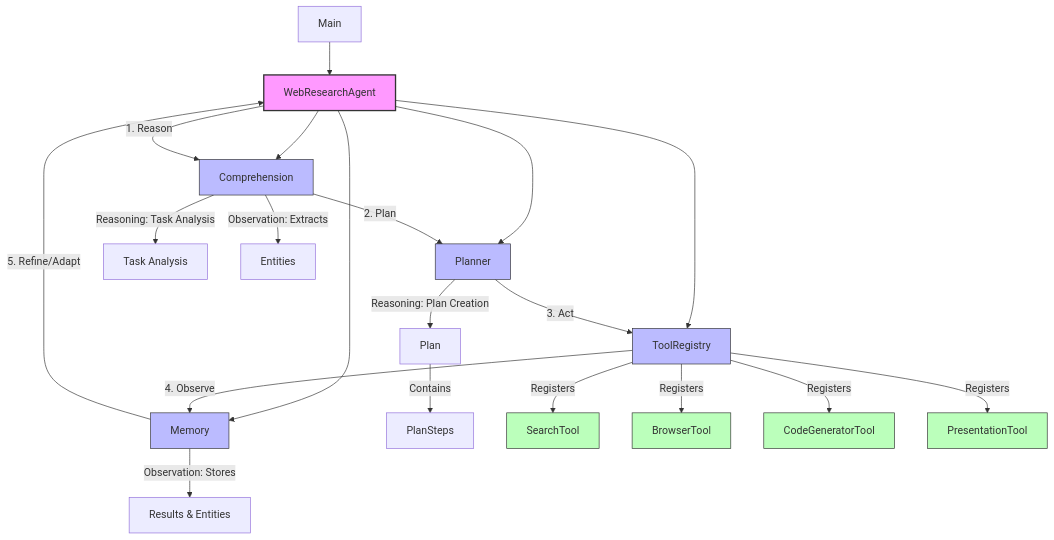
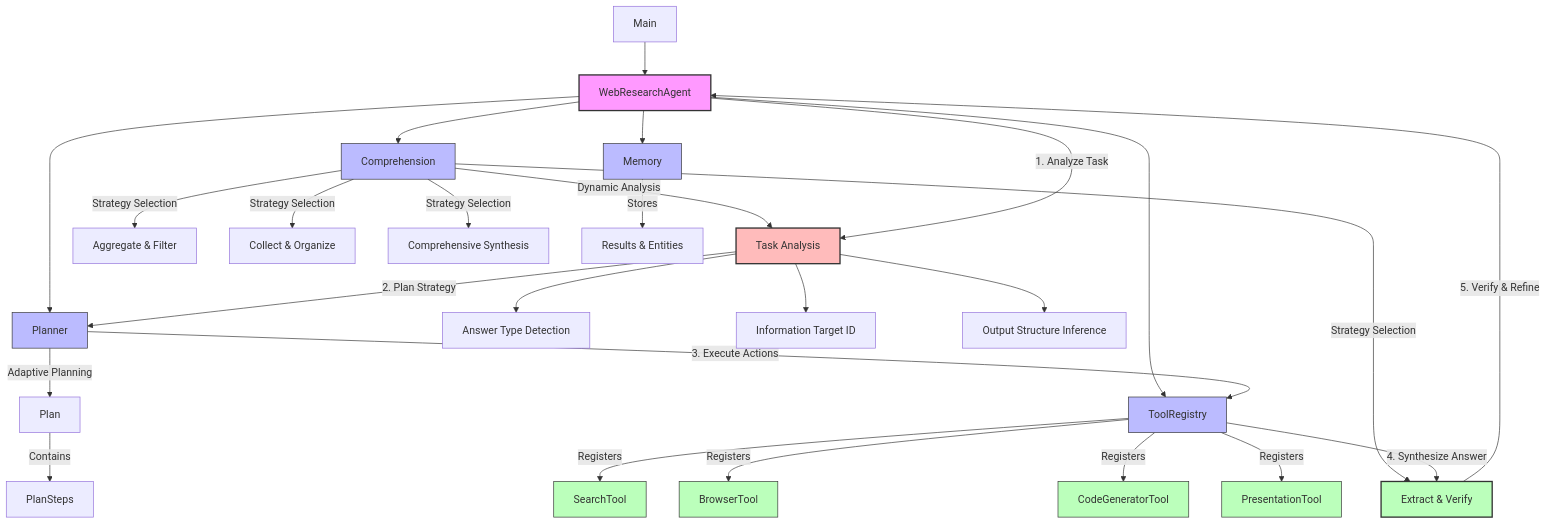
The diagram in README.md (ashioyajotham/web_research_agent), drawn with Mermaid before and after one commit. The commit also changed other lines of this file and 1 other file, not shown here.

````diff
--- a/README.md
+++ b/README.md
@@ -21,40 +34,51 @@
 ```mermaid
 graph TD
     A[Main] --> B[WebResearchAgent]
     B --> C1[Memory]
     B --> C2[Planner]
     B --> C3[Comprehension]
     B --> C4[ToolRegistry]
     
-    %% ReAct: Reasoning component
-    C3 -->|"Reasoning: Task Analysis"| G1[Task Analysis]
-    C2 -->|"Reasoning: Plan Creation"| D[Plan]
+    %% Enhanced ReAct: Dynamic Reasoning
+    C3 -->|"Dynamic Analysis"| G1[Task Analysis]
+    G1 --> G2[Answer Type Detection]
+    G1 --> G3[Information Target ID]
+    G1 --> G4[Output Structure Inference]
+    
+    C2 -->|"Adaptive Planning"| D[Plan]
     D -->|Contains| E[PlanSteps]
     
     %% ReAct: Acting component
     C4 -->|Registers| F1[SearchTool]
     C4 -->|Registers| F2[BrowserTool]
     C4 -->|Registers| F3[CodeGeneratorTool]
     C4 -->|Registers| F4[PresentationTool]
     
+    %% Enhanced ReAct: Multi-Strategy Synthesis
+    C3 -->|"Strategy Selection"| S1[Extract & Verify]
+    C3 -->|"Strategy Selection"| S2[Aggregate & Filter]
+    C3 -->|"Strategy Selection"| S3[Collect & Organize]
+    C3 -->|"Strategy Selection"| S4[Comprehensive Synthesis]
+    
     %% ReAct: Observation component
-    C3 -->|"Observation: Extracts"| G2[Entities]
-    C1 -->|"Observation: Stores"| M1[Results & Entities]
+    C1 -->|"Stores"| M1[Results & Entities]
     
     %% ReAct: Iteration cycle
-    B -->|"1. Reason"| C3
-    C3 -->|"2. Plan"| C2
-    C2 -->|"3. Act"| C4
-    C4 -->|"4. Observe"| C1
-    C1 -->|"5. Refine/Adapt"| B
+    B -->|"1. Analyze Task"| G1
+    G1 -->|"2. Plan Strategy"| C2
+    C2 -->|"3. Execute Actions"| C4
+    C4 -->|"4. Synthesize Answer"| S1
+    S1 -->|"5. Verify & Refine"| B
     
     style B fill:#f9f,stroke:#333,stroke-width:2px
+    style G1 fill:#fbb,stroke:#333,stroke-width:2px
+    style S1 fill:#bfb,stroke:#333,stroke-width:2px
     style C1 fill:#bbf,stroke:#333
     style C2 fill:#bbf,stroke:#333
     style C3 fill:#bbf,stroke:#333
     style C4 fill:#bbf,stroke:#333
     style F1 fill:#bfb,stroke:#333
     style F2 fill:#bfb,stroke:#333
     style F3 fill:#bfb,stroke:#333
     style F4 fill:#bfb,stroke:#333
 ```
````
